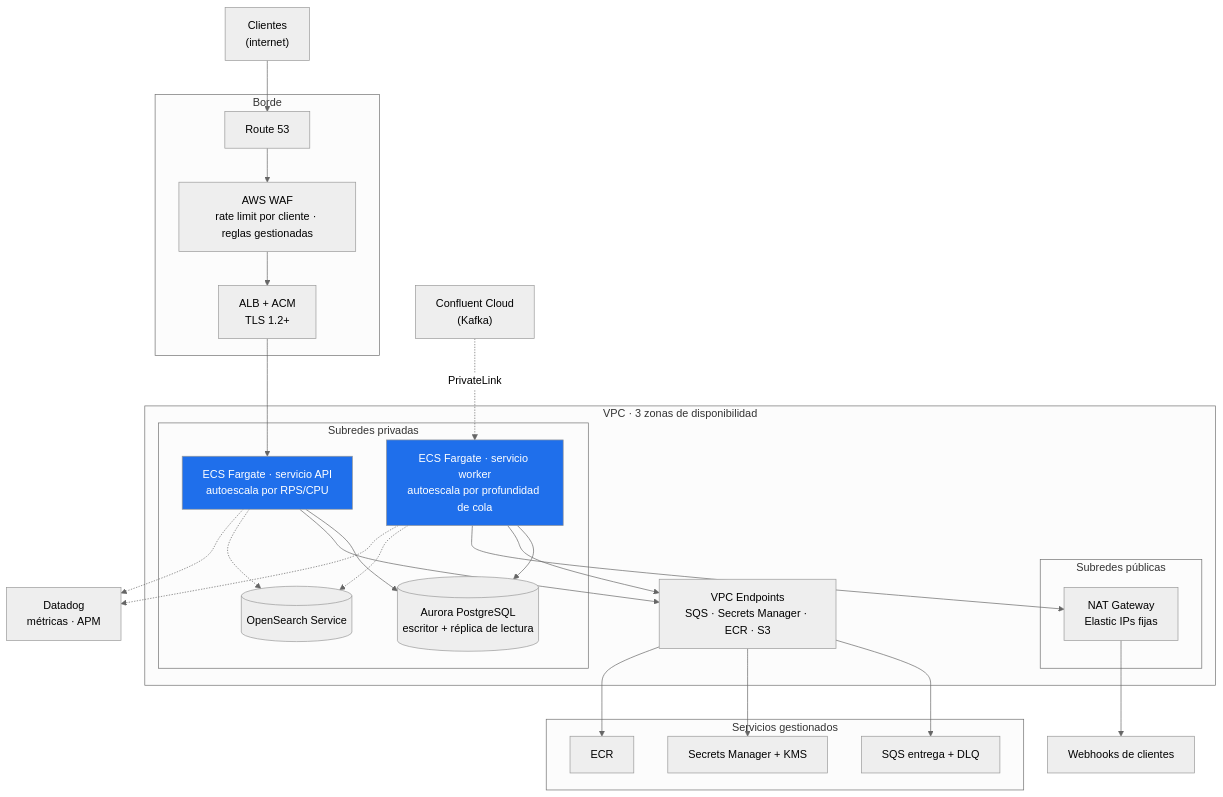
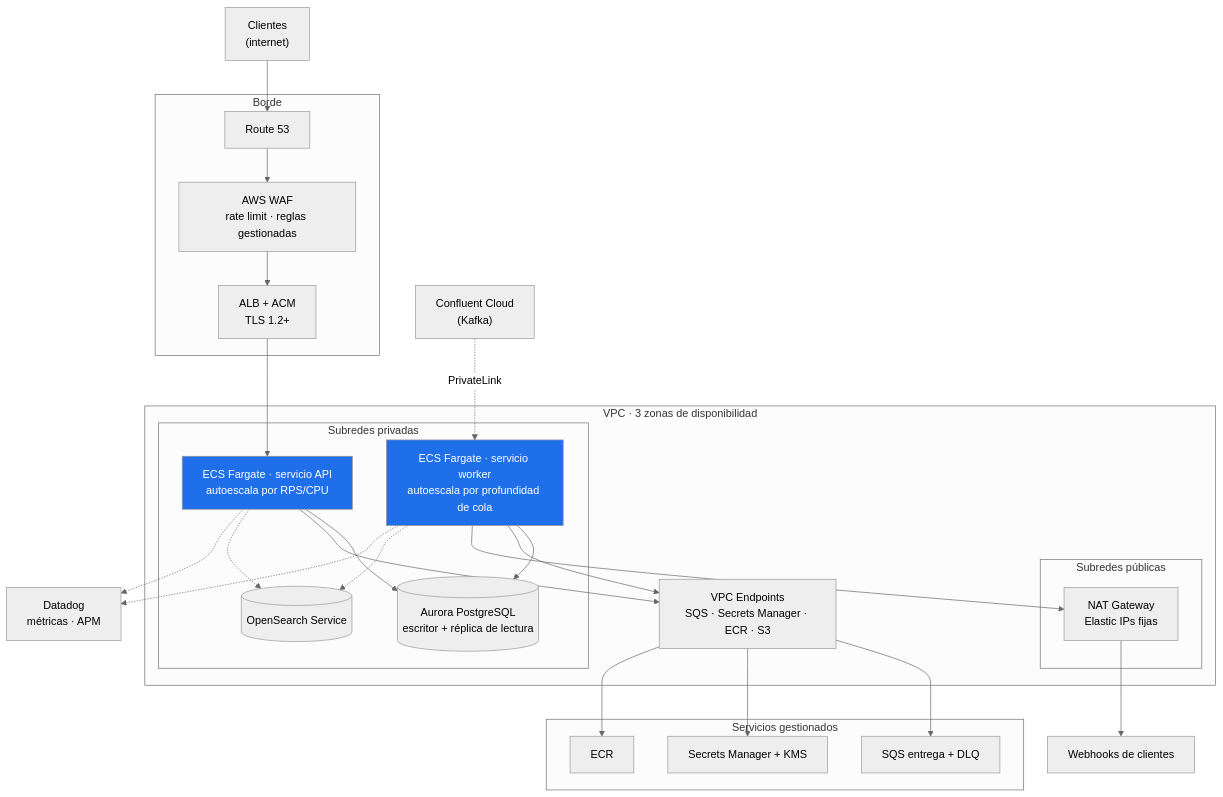
One commit to ssalaza7/cobre-notification-delivery changed the seventh of 7 diagrams in docs/01-diseno-del-sistema.md. Above: the diagram before and after it, drawn with Mermaid (neutral theme). The commit also changed other lines of this file and 2 other files, not shown here.

````diff
--- a/docs/01-diseno-del-sistema.md
+++ b/docs/01-diseno-del-sistema.md
@@ -417,50 +358,50 @@
 ```mermaid
 flowchart TB
     users["Clientes<br/>(internet)"]
 
     subgraph edge["Borde"]
         r53["Route 53"]
-        waf["AWS WAF<br/>rate limit por cliente · reglas gestionadas"]
+        waf["AWS WAF<br/>rate limit · reglas gestionadas"]
         alb["ALB + ACM<br/>TLS 1.2+"]
     end
 
     subgraph vpc["VPC · 3 zonas de disponibilidad"]
         subgraph pub["Subredes públicas"]
             nat["NAT Gateway<br/>Elastic IPs fijas"]
         end
         subgraph priv["Subredes privadas"]
             api["ECS Fargate · servicio API<br/>autoescala por RPS/CPU"]
             worker["ECS Fargate · servicio worker<br/>autoescala por profundidad de cola"]
             aurora[("Aurora PostgreSQL<br/>escritor + réplica de lectura")]
             os[("OpenSearch Service")]
         end
         vpce["VPC Endpoints<br/>SQS · Secrets Manager · ECR · S3"]
     end
 
     subgraph aws["Servicios gestionados"]
         sqs["SQS entrega + DLQ"]
         sm["Secrets Manager + KMS"]
         ecr["ECR"]
     end
 
     confluent["Confluent Cloud<br/>(Kafka)"]
     hooks["Webhooks de clientes"]
     dd["Datadog<br/>métricas · APM"]
 
     users --> r53 --> waf --> alb --> api
     confluent -. "PrivateLink" .-> worker
     api --> aurora
     worker --> aurora
     api --> vpce --> sqs
     worker --> vpce
     vpce --> sm
     vpce --> ecr
     worker --> nat --> hooks
     api -.-> os
     worker -.-> os
     api -.-> dd
     worker -.-> dd
 
     style api fill:#1f6feb,color:#fff
     style worker fill:#1f6feb,color:#fff
 ```
````
